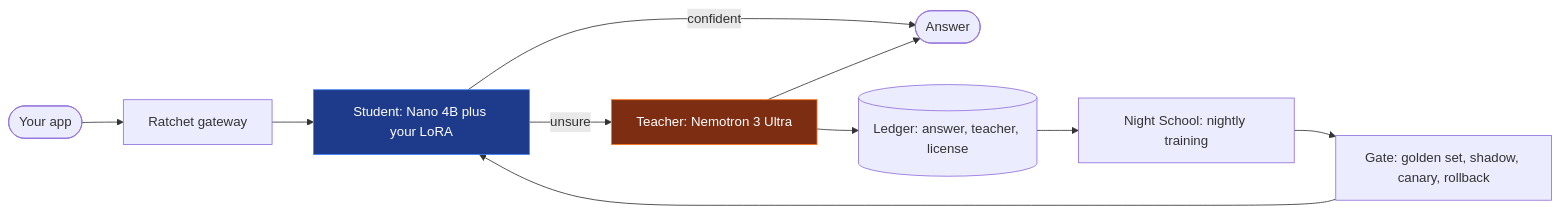
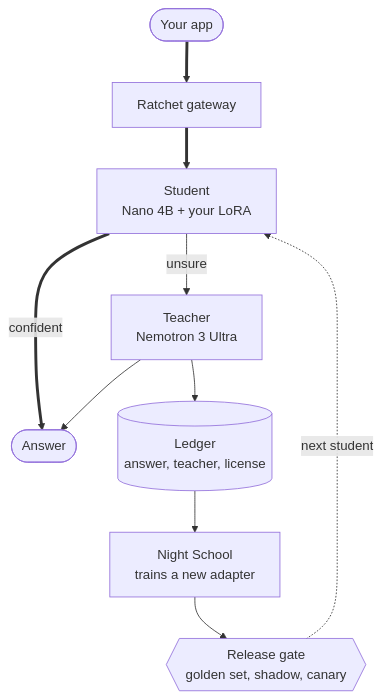
Before and after one commit to harshbhx/ratchet: the first of 2 diagrams in docs-site/src/content/docs/guides/what-is-ratchet.mdx, drawn with Mermaid. The commit also changed other lines of this file and 25 other files, not shown here.

````diff
--- a/docs-site/src/content/docs/guides/what-is-ratchet.mdx
+++ b/docs-site/src/content/docs/guides/what-is-ratchet.mdx
@@ -37,16 +70,17 @@
 ```mermaid
-flowchart LR
-  app(["Your app"]) --> gw["Ratchet gateway"]
-  gw --> st["Student: Nano 4B plus your LoRA"]
-  st -->|"confident"| out(["Answer"])
-  st -->|"unsure"| te["Teacher: Nemotron 3 Ultra"]
+flowchart TB
+  app(["Your app"]) ==> gw["Ratchet gateway"]
+  gw ==> st["Student<br/>Nano 4B + your LoRA"]
+  st ==>|"confident"| out(["Answer"])
+  st -->|"unsure"| te["Teacher<br/>Nemotron 3 Ultra"]
   te --> out
-  te --> led[("Ledger: answer, teacher, license")]
-  led --> ns["Night School: nightly training"]
-  ns --> gate["Gate: golden set, shadow, canary, rollback"]
-  gate --> st
-  classDef owned fill:#1e3a8a,stroke:#3b82f6,color:#fff
-  classDef rented fill:#7c2d12,stroke:#f97316,color:#fff
-  class st owned
-  class te rented
+  te --> led[("Ledger<br/>answer, teacher, license")]
+  led --> ns["Night School<br/>trains a new adapter"]
+  ns --> gate{{"Release gate<br/>golden set, shadow, canary"}}
+  gate -.->|"next student"| st
+  class st student
+  class te teacher
+  class led store
+  class gate gate
+  class out ok
 ```
````
